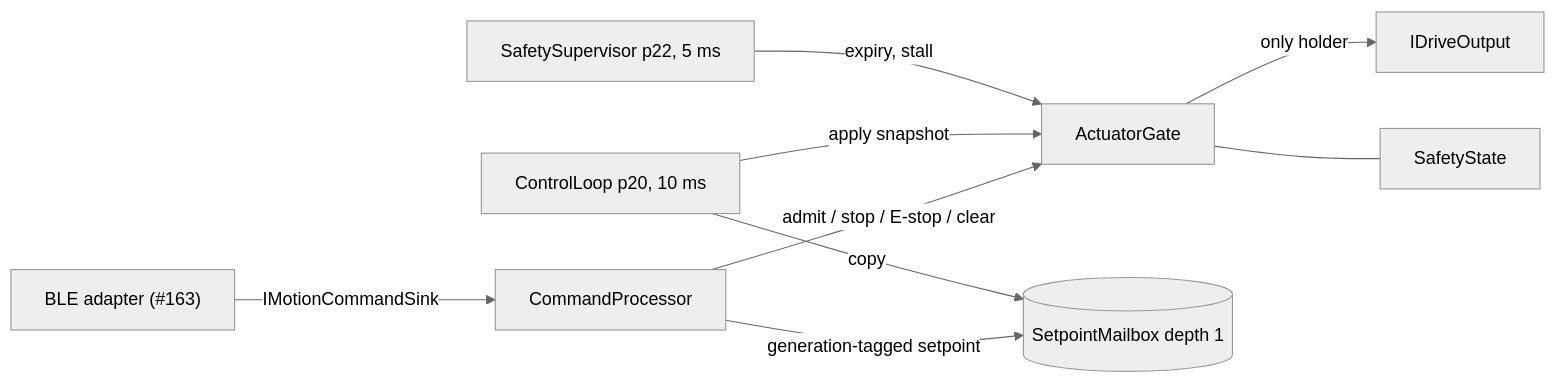
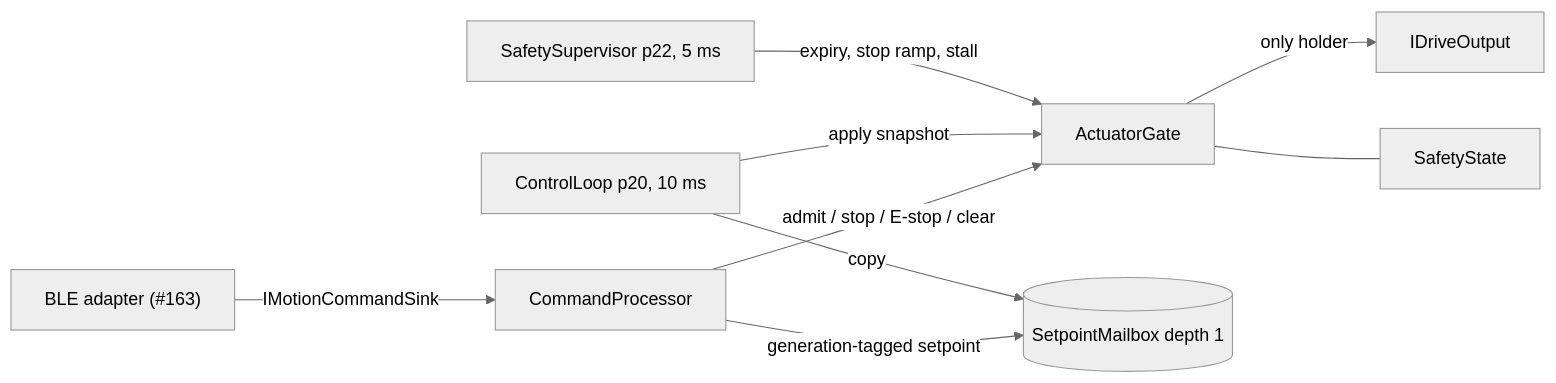
The diagram in Mini_Robot/docs/overview/firmware-runtime.md (Krzys2002/Mini_Robot), drawn with Mermaid (neutral theme) before and after one commit. The commit also changed other lines of this file and 10 other files, not shown here.

````diff
--- a/Mini_Robot/docs/overview/firmware-runtime.md
+++ b/Mini_Robot/docs/overview/firmware-runtime.md
@@ -60,11 +61,11 @@
 ```mermaid
 flowchart LR
     BLE["BLE adapter (#163)"] -->|IMotionCommandSink| CP[CommandProcessor]
     CP -->|admit / stop / E-stop / clear| G[ActuatorGate]
     CP -->|generation-tagged setpoint| M[(SetpointMailbox depth 1)]
     C[ControlLoop p20, 10 ms] -->|copy| M
     C -->|apply snapshot| G
-    S[SafetySupervisor p22, 5 ms] -->|expiry, stall| G
+    S[SafetySupervisor p22, 5 ms] -->|expiry, stop ramp, stall| G
     G -->|only holder| D[IDriveOutput]
     G --- SS[SafetyState]
 ```
````
